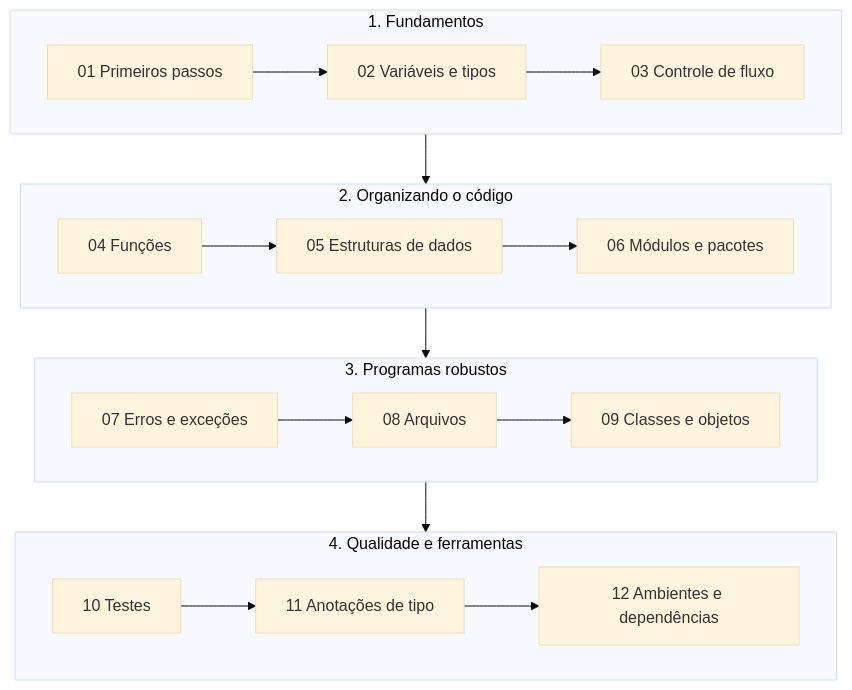
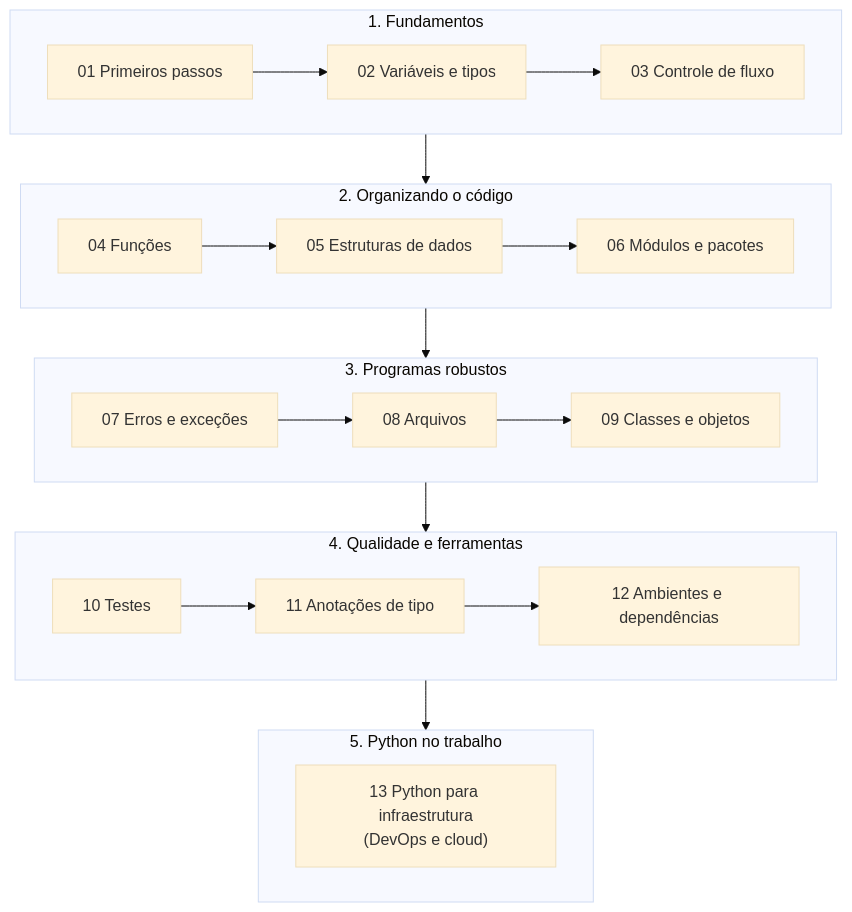
One commit to aeciopires/python_examples changed the second of 2 diagrams in docs/TRILHA.md. Above: the diagram before and after it, drawn with Mermaid (base theme). The commit also changed other lines of this file and 14 other files, not shown here.

First line of the commit message:
Adiciona o módulo 13: Python para infraestrutura (DevOps e cloud)

````diff
--- a/docs/TRILHA.md
+++ b/docs/TRILHA.md
@@ -54,16 +55,19 @@
 ```mermaid
 flowchart TB
     subgraph f1["1. Fundamentos"]
         m01["01 Primeiros passos"] --> m02["02 Variáveis e tipos"] --> m03["03 Controle de fluxo"]
     end
     subgraph f2["2. Organizando o código"]
         m04["04 Funções"] --> m05["05 Estruturas de dados"] --> m06["06 Módulos e pacotes"]
     end
     subgraph f3["3. Programas robustos"]
         m07["07 Erros e exceções"] --> m08["08 Arquivos"] --> m09["09 Classes e objetos"]
     end
     subgraph f4["4. Qualidade e ferramentas"]
         m10["10 Testes"] --> m11["11 Anotações de tipo"] --> m12["12 Ambientes e dependências"]
     end
-    f1 --> f2 --> f3 --> f4
+    subgraph f5["5. Python no trabalho"]
+        m13["13 Python para infraestrutura<br/>(DevOps e cloud)"]
+    end
+    f1 --> f2 --> f3 --> f4 --> f5
 ```
````
